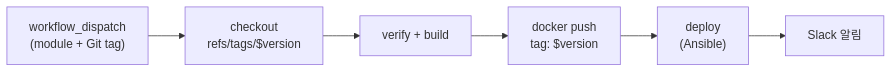
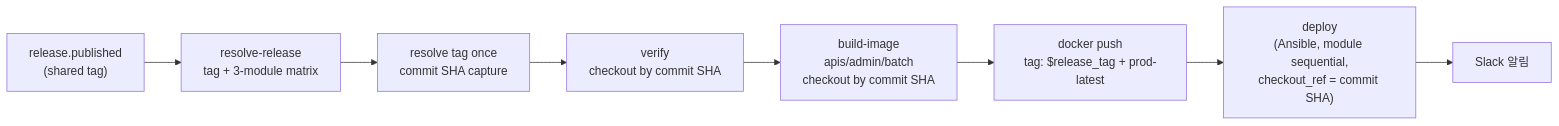
Before and after one commit to TEAM-BEAT/BEAT-SERVER: the third of 10 diagrams in infra/README.md, drawn with Mermaid. The commit also changed other lines of this file and 14 other files, not shown here.

````diff
--- a/infra/README.md
+++ b/infra/README.md
@@ -169,8 +173,10 @@
 ```mermaid
 flowchart LR
-    A["workflow_dispatch<br/>(module + Git tag)"] --> B["checkout<br/>refs/tags/$version"]
-    B --> C["verify + build"]
-    C --> D["docker push<br/>tag: $version"]
-    D --> E["deploy<br/>(Ansible)"]
-    E --> F["Slack 알림"]
+    A["release.published<br/>(shared tag)"] --> B["resolve-release<br/>tag + 3-module matrix"]
+    B --> C["resolve tag once<br/>commit SHA capture"]
+    C --> D["verify<br/>checkout by commit SHA"]
+    D --> E["build-image<br/>apis/admin/batch<br/>checkout by commit SHA"]
+    E --> F["docker push<br/>tag: $release_tag + prod-latest"]
+    F --> G["deploy<br/>(Ansible, module sequential,<br/>checkout_ref = commit SHA)"]
+    G --> H["Slack 알림"]
 ```
````
